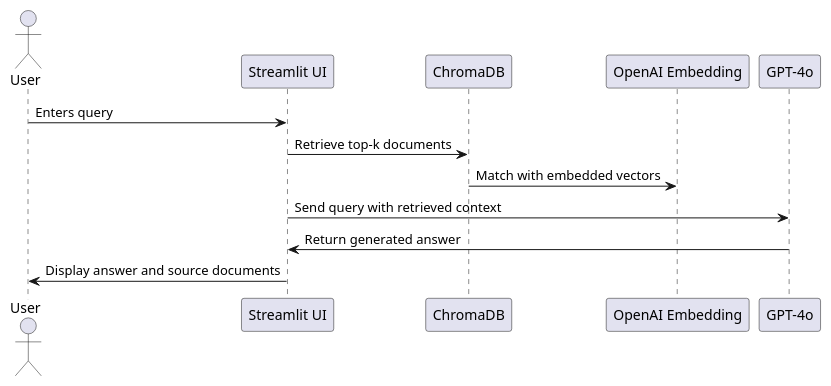
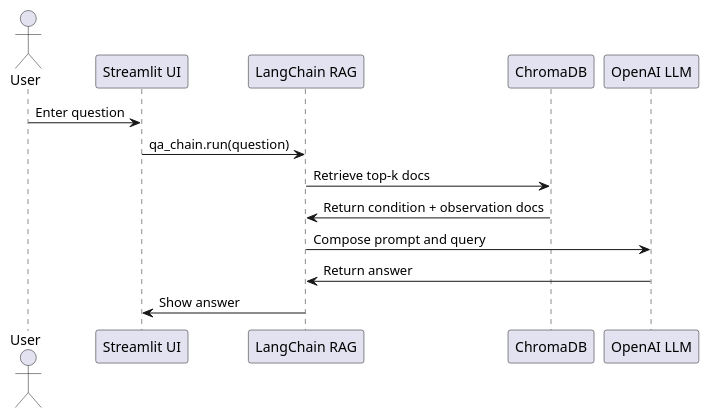
The diagram in diagrams/query_processing_seq.puml (bdeop/medical-qa-agent), drawn with PlantUML before and after one commit. The commit also changed 2 other files, not shown here.

Commit message:
fixed the diagrams

```diff
--- a/diagrams/query_processing_seq.puml
+++ b/diagrams/query_processing_seq.puml
@@ -1,14 +1,15 @@
 @startuml
 actor User
-participant UI as "Streamlit UI"
-participant Retriever as "ChromaDB"
-participant Embedding as "OpenAI Embedding"
-participant LLM as "GPT-4o"
+participant "Streamlit UI" as UI
+participant "LangChain RAG" as LangChain
+participant "ChromaDB" as ChromaDB
+participant "OpenAI LLM" as LLM
 
-User -> UI : Enters query
-UI -> Retriever : Retrieve top-k documents
-Retriever -> Embedding : Match with embedded vectors
-UI -> LLM : Send query with retrieved context
-LLM -> UI : Return generated answer
-UI -> User : Display answer and source documents
+User -> UI : Enter question
+UI -> LangChain : qa_chain.run(question)
+LangChain -> ChromaDB : Retrieve top-k docs
+ChromaDB -> LangChain : Return condition + observation docs
+LangChain -> LLM : Compose prompt and query
+LLM -> LangChain : Return answer
+LangChain -> UI : Show answer
 @enduml
```
